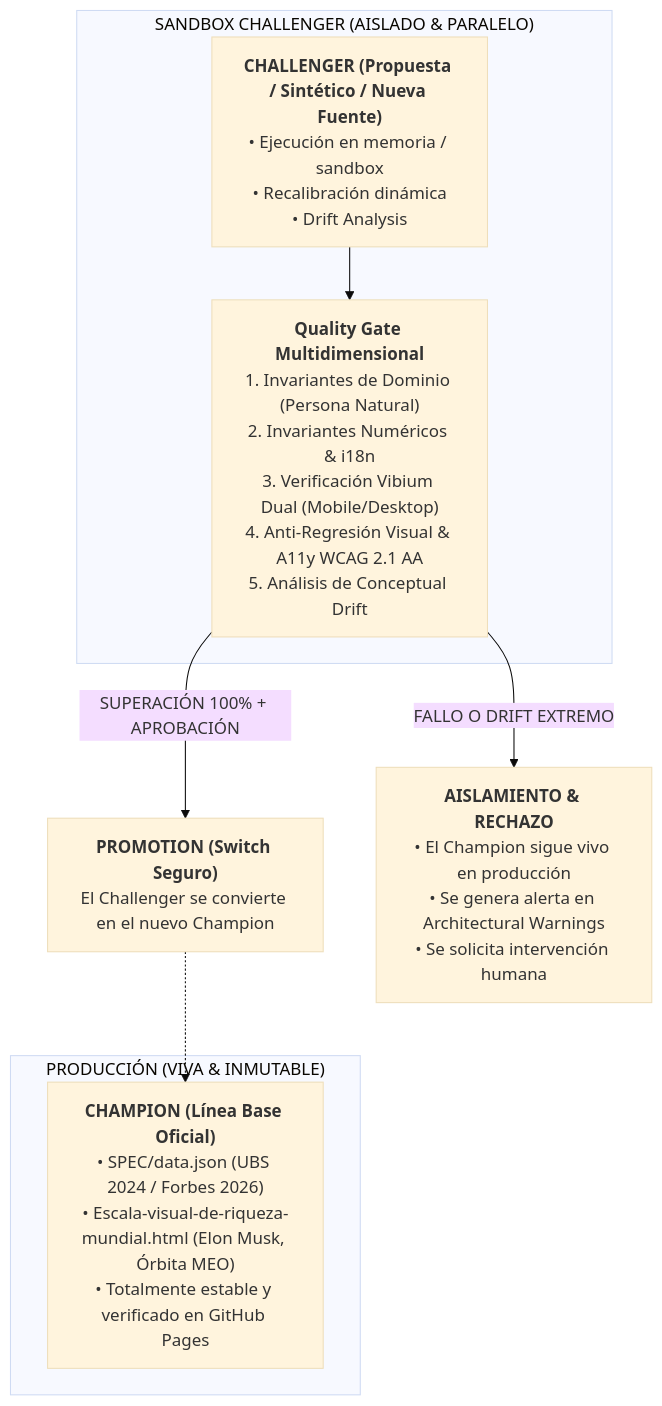
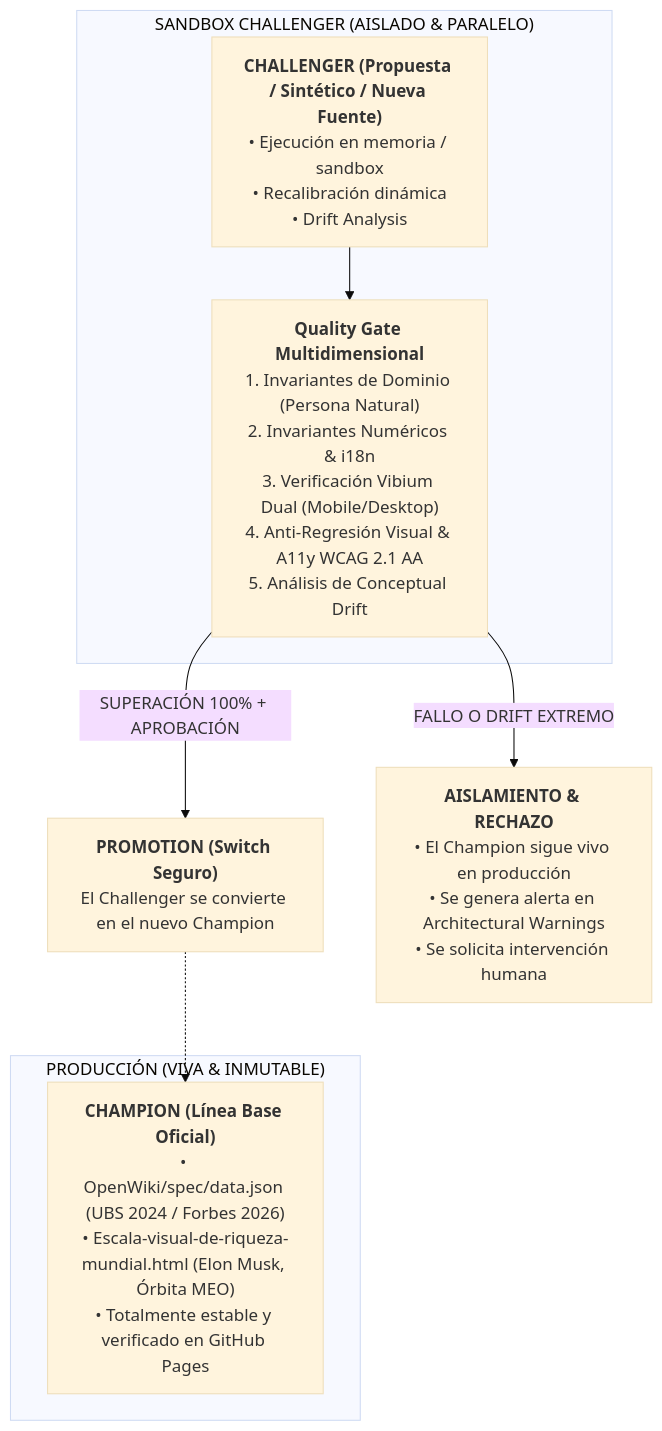
One commit to willkwolf/global-inequality-21Century changed the diagram in OpenWiki/23_ARQUITECTURA_CHAMPION_CHALLENGER_Y_SANDBOX_DE_PRUEBAS.md. Above: the diagram before and after it, drawn with Mermaid (base theme). The commit also changed other lines of this file and 57 other files, not shown here.

Commit message:
refactor(cleanup): remove legacy SPEC/ and .kiro/, archive specs in OpenWiki, and update workflows

````diff
--- a/OpenWiki/23_ARQUITECTURA_CHAMPION_CHALLENGER_Y_SANDBOX_DE_PRUEBAS.md
+++ b/OpenWiki/23_ARQUITECTURA_CHAMPION_CHALLENGER_Y_SANDBOX_DE_PRUEBAS.md
@@ -13,18 +13,18 @@
 ```mermaid
 graph TD
     subgraph "PRODUCCIÓN (VIVA & INMUTABLE)"
-        Champion["<b>CHAMPION (Línea Base Oficial)</b><br>• SPEC/data.json (UBS 2024 / Forbes 2026)<br>• Escala-visual-de-riqueza-mundial.html (Elon Musk, Órbita MEO)<br>• Totalmente estable y verificado en GitHub Pages"]
+        Champion["<b>CHAMPION (Línea Base Oficial)</b><br>• OpenWiki/spec/data.json (UBS 2024 / Forbes 2026)<br>• Escala-visual-de-riqueza-mundial.html (Elon Musk, Órbita MEO)<br>• Totalmente estable y verificado en GitHub Pages"]
     end
 
     subgraph "SANDBOX CHALLENGER (AISLADO & PARALELO)"
         Challenger["<b>CHALLENGER (Propuesta / Sintético / Nueva Fuente)</b><br>• Ejecución en memoria / sandbox<br>• Recalibración dinámica<br>• Drift Analysis"]
         
         Tests["<b>Quality Gate Multidimensional</b><br>1. Invariantes de Dominio (Persona Natural)<br>2. Invariantes Numéricos & i18n<br>3. Verificación Vibium Dual (Mobile/Desktop)<br>4. Anti-Regresión Visual & A11y WCAG 2.1 AA<br>5. Análisis de Conceptual Drift"]
         
         Challenger --> Tests
     end
 
     Tests -- "SUPERACIÓN 100% + APROBACIÓN" --> Promotion["<b>PROMOTION (Switch Seguro)</b><br>El Challenger se convierte en el nuevo Champion"]
     Tests -- "FALLO O DRIFT EXTREMO" --> Quarantine["<b>AISLAMIENTO & RECHAZO</b><br>• El Champion sigue vivo en producción<br>• Se genera alerta en Architectural Warnings<br>• Se solicita intervención humana"]
     Promotion -.-> Champion
 ```
````
